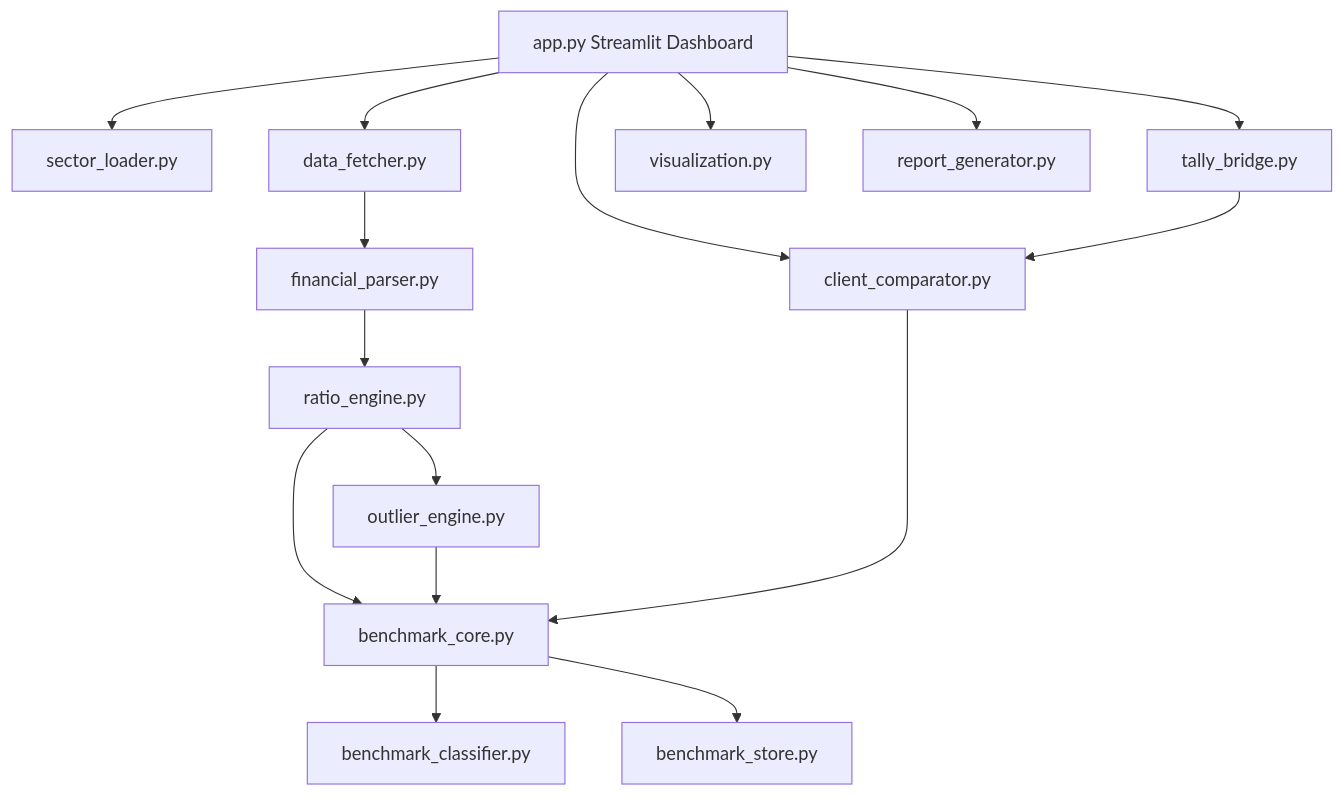
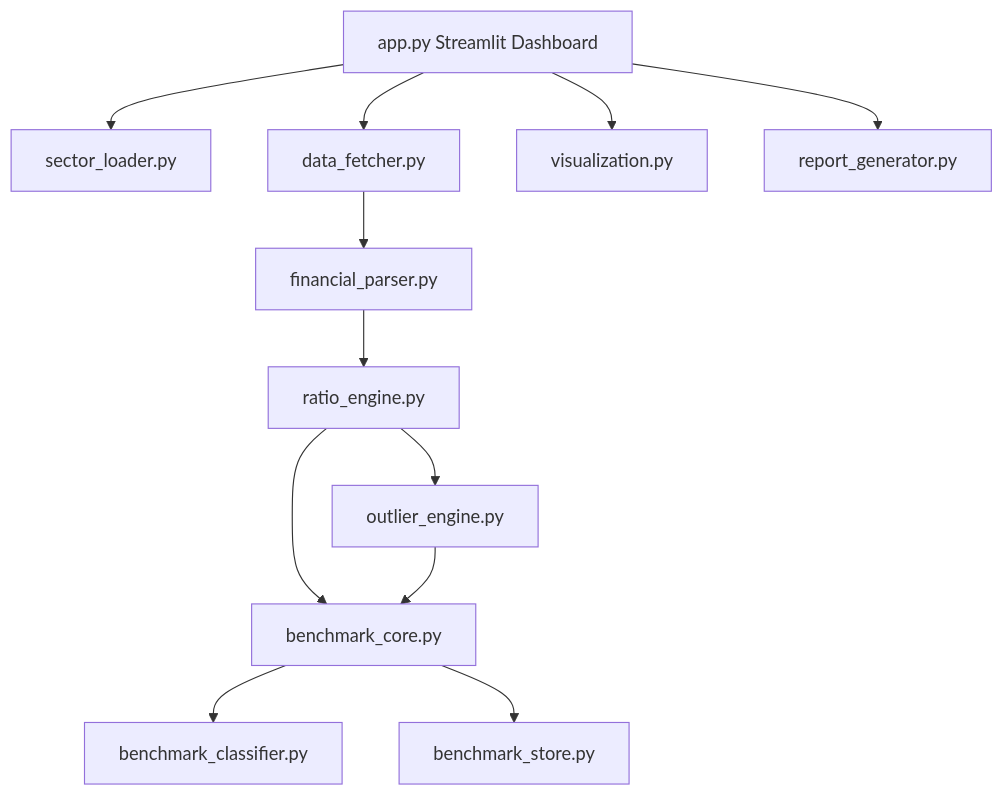
Before and after one commit to hi1r0/finmetrics-PU: the first of 5 diagrams in SYSTEM_LOGICS_AND_BLUEPRINT.md, drawn with Mermaid. The commit also changed other lines of this file and 26 other files, not shown here.

Commit message:
refactor(core): remove client comparison and reconciliation, scope strictly to phase 1 calculations

````diff
--- a/SYSTEM_LOGICS_AND_BLUEPRINT.md
+++ b/SYSTEM_LOGICS_AND_BLUEPRINT.md
@@ -40,46 +38,36 @@
 ```mermaid
 graph TD
     %% Main Entrypoint
     App[app.py Streamlit Dashboard]
 
     %% Data Ingestion
     loader[sector_loader.py]
     fetcher[data_fetcher.py]
     parser[financial_parser.py]
 
     %% Computation Engines
     ratio_eng[ratio_engine.py]
     outlier_eng[outlier_engine.py]
     bench_core[benchmark_core.py]
     bench_class[benchmark_classifier.py]
     bench_store[benchmark_store.py]
 
-    %% Integration Modules
-    client_comp[client_comparator.py]
-    tally_bdg[tally_bridge.py]
-
     %% Outputs & Vis
     vis[visualization.py]
     report_gen[report_generator.py]
 
     %% Connections
     App --> loader
     App --> fetcher
     fetcher --> parser
     parser --> ratio_eng
     ratio_eng --> outlier_eng
     ratio_eng --> bench_core
     outlier_eng --> bench_core
     
     bench_core --> bench_class
     bench_core --> bench_store
     
-    App --> client_comp
-    client_comp --> bench_core
-    
-    App --> tally_bdg
-    tally_bdg --> client_comp
-    
     App --> vis
     App --> report_gen
 ```
````
